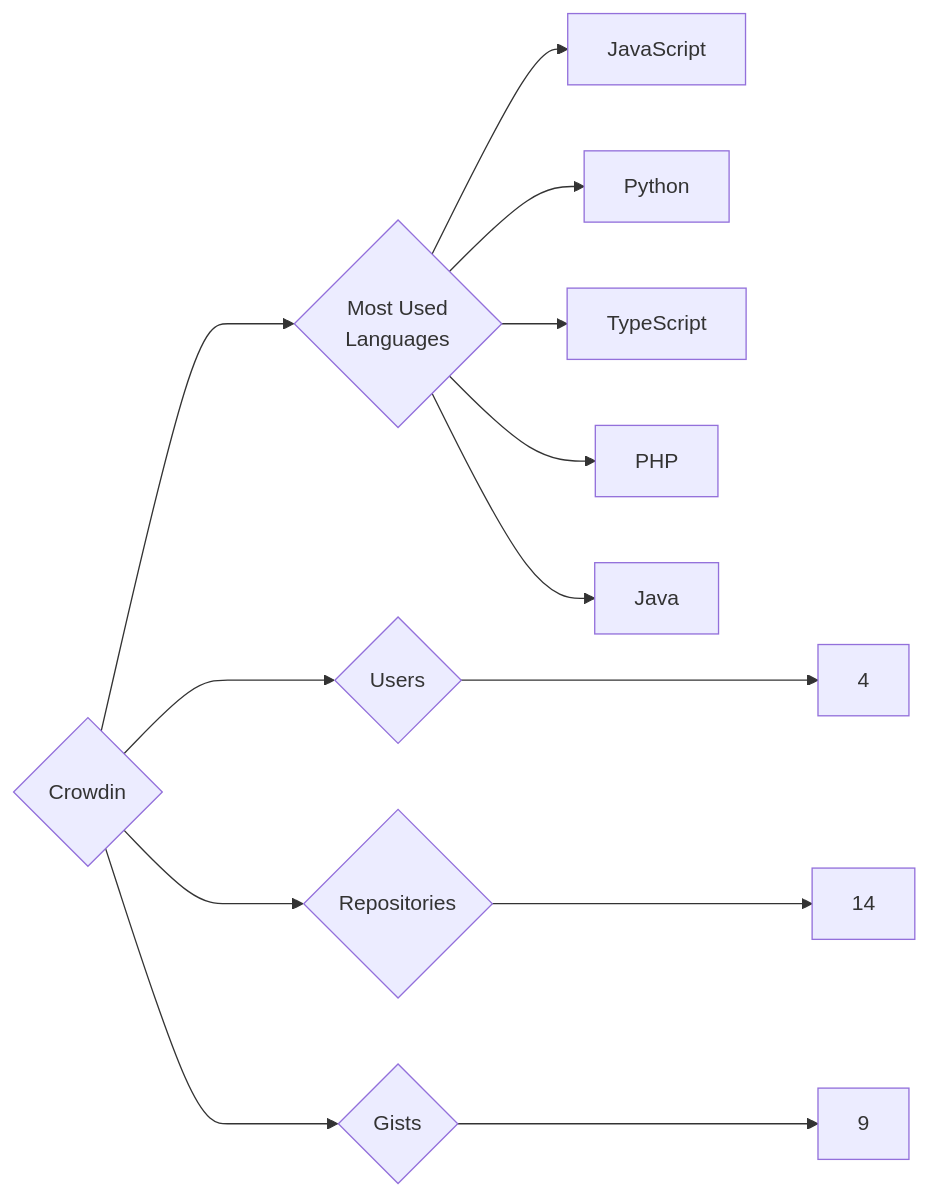
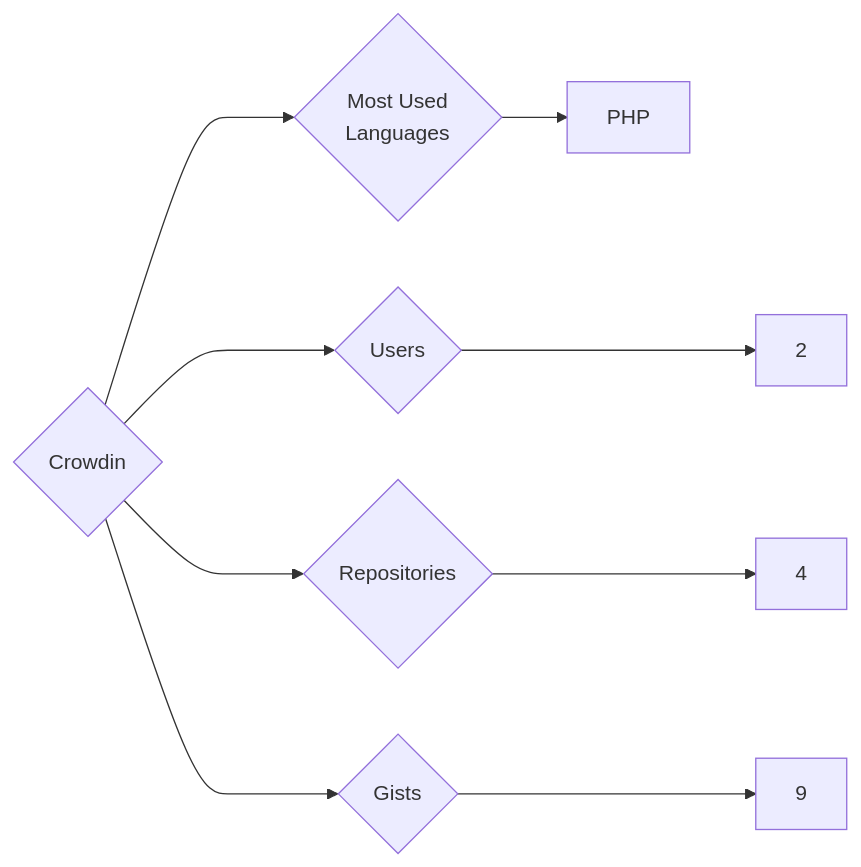
Before and after one commit to trickest/insiders: the diagram in targets/Crowdin/README.md, drawn with Mermaid. The commit also changed 775 other files, not shown here.

````diff
--- a/targets/Crowdin/README.md
+++ b/targets/Crowdin/README.md
@@ -3,13 +3,9 @@
 ```mermaid
 graph LR
 COMPANY_NAME{Crowdin}
-COMPANY_NAME ---> U{Users} ---> UN[4]
-COMPANY_NAME ---> R{Repositories} ---> RN[14]
+COMPANY_NAME ---> U{Users} ---> UN[2]
+COMPANY_NAME ---> R{Repositories} ---> RN[4]
 COMPANY_NAME ---> G{Gists} ---> GN[9]
 COMPANY_NAME ---> ML{Most Used<br>Languages}
-ML --> JavaScript[JavaScript]
-ML --> Python[Python]
-ML --> TypeScript[TypeScript]
 ML --> PHP[PHP]
-ML --> Java[Java]
 ```
````
